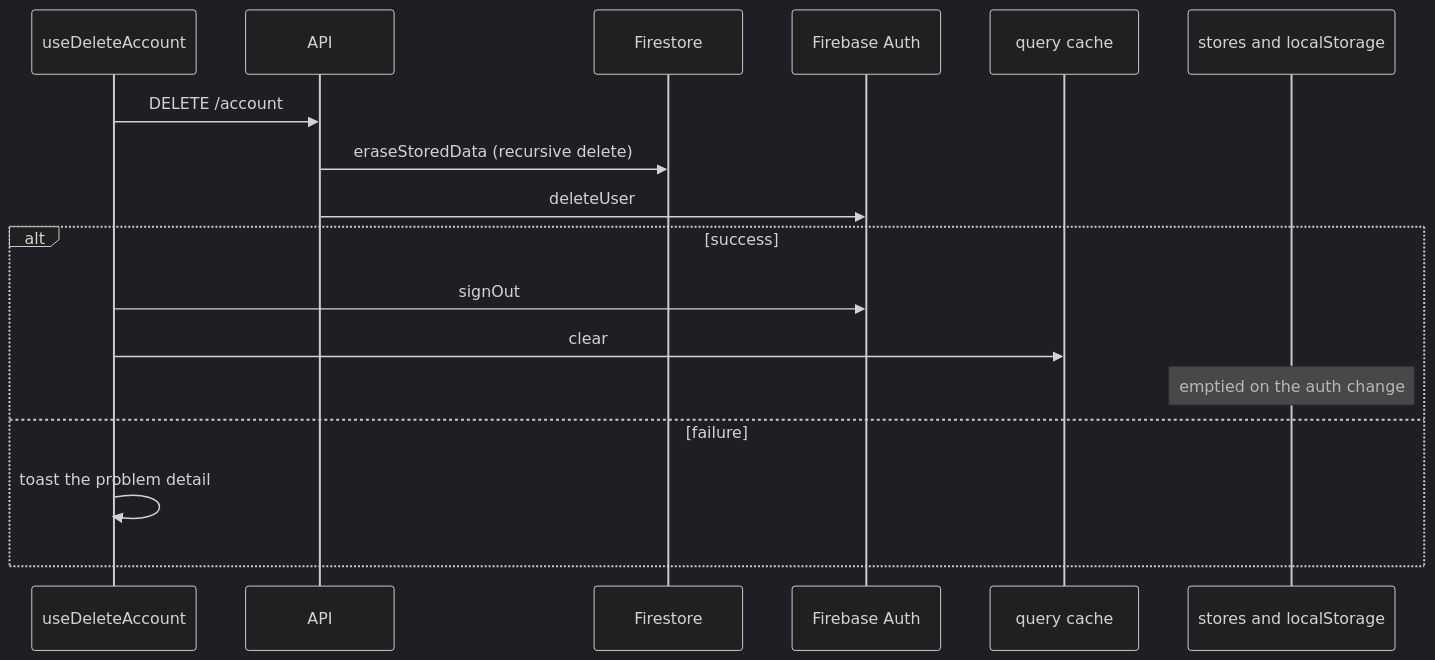
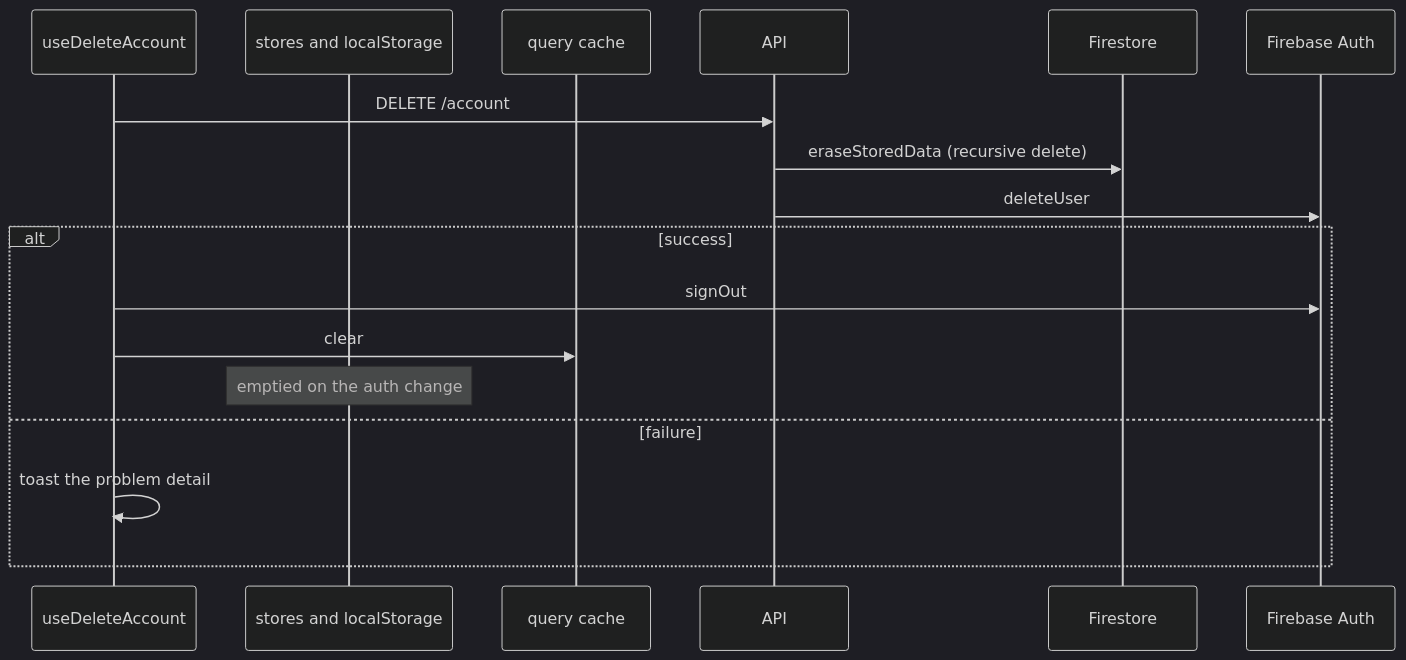
Before and after one commit to dungeon-studio/genshin.dungeon.studio: the fourth of 4 diagrams in docs/reference/data-flow-write-paths.md, drawn with Mermaid (dark theme). The commit also changed other lines of this file, not shown here.

First line of the commit message:
docs: order sequence participants from user to Firestore

````diff
--- a/docs/reference/data-flow-write-paths.md
+++ b/docs/reference/data-flow-write-paths.md
@@ -149,20 +149,20 @@
 ```mermaid
 sequenceDiagram
   participant Hook as useDeleteAccount
+  participant Stores as stores and localStorage
+  participant Cache as query cache
   participant API as API
   participant FS as Firestore
   participant FA as Firebase Auth
-  participant Cache as query cache
-  participant Stores as stores and localStorage
 
   Hook->>API: DELETE /account
   API->>FS: eraseStoredData (recursive delete)
   API->>FA: deleteUser
   alt success
     Hook->>FA: signOut
     Hook->>Cache: clear
     Note over Stores: emptied on the auth change
   else failure
     Hook->>Hook: toast the problem detail
   end
 ```
````
